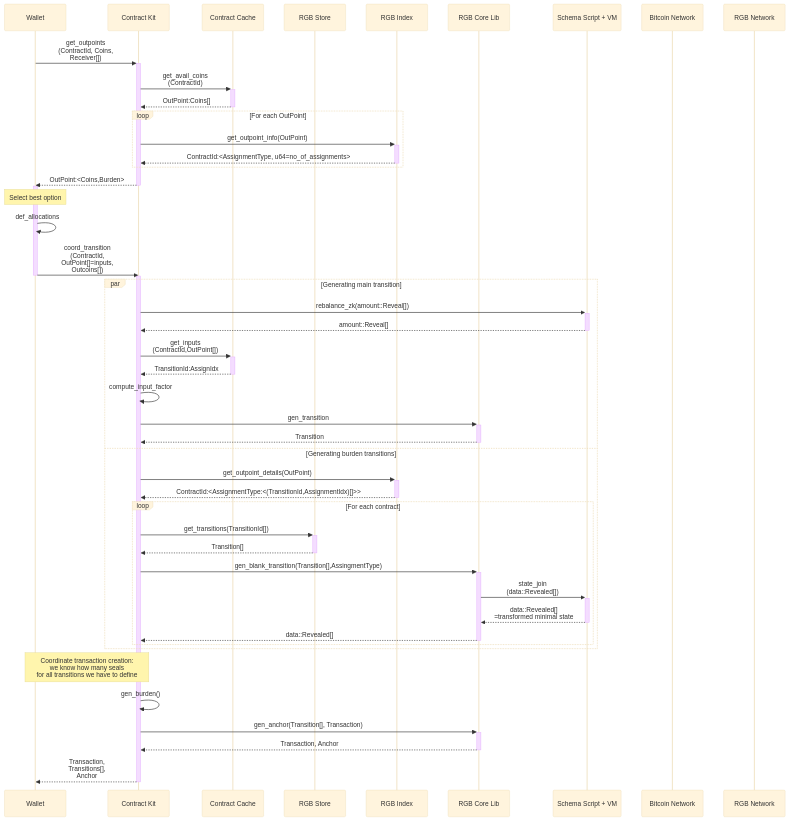
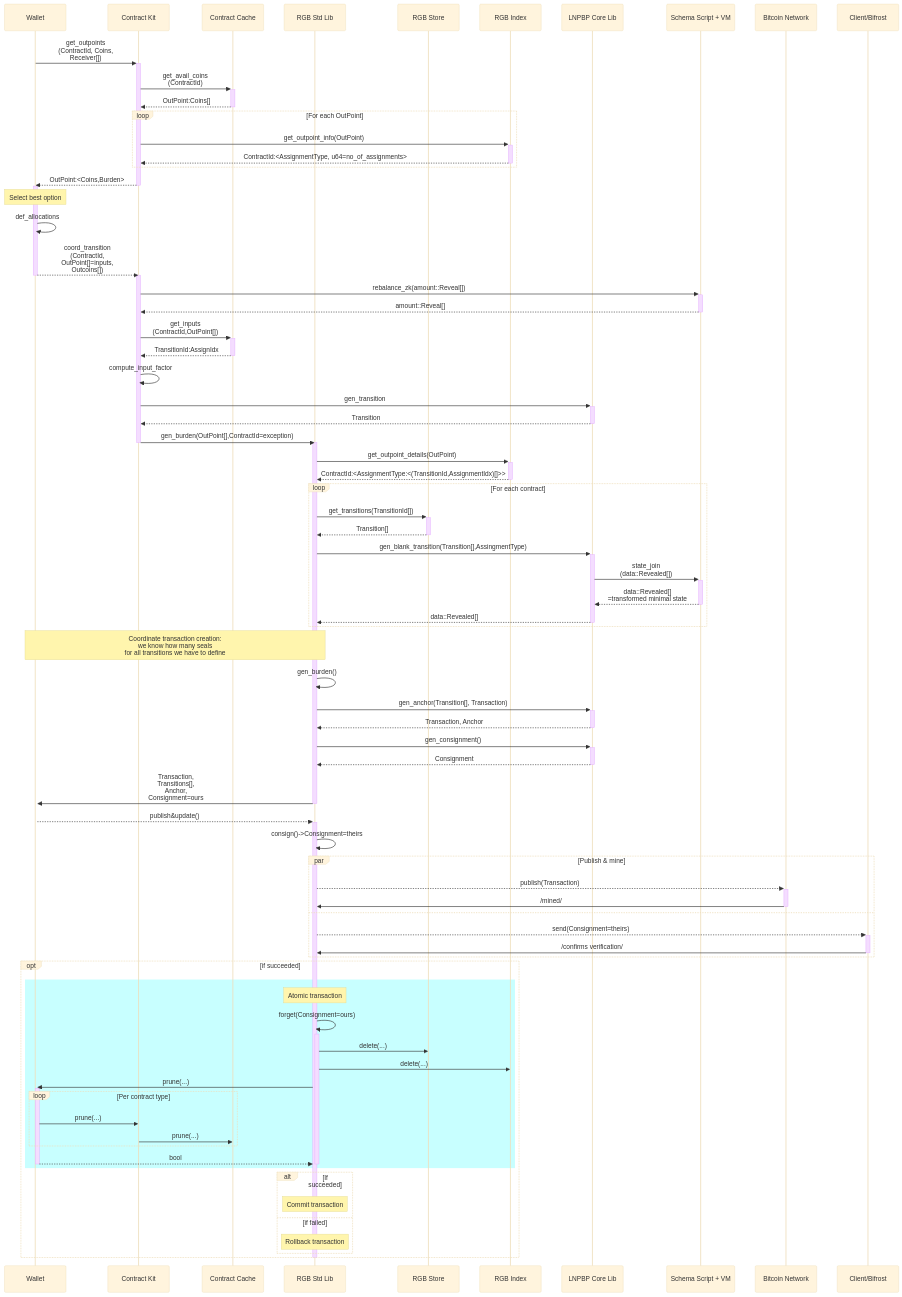
One commit to RGB-WG/uml changed the diagram in transfer.md. Above: the diagram before and after it, drawn with Mermaid (base theme).

Commit message:
Finalized state transfer UML sequence diagram

````diff
--- a/transfer.md
+++ b/transfer.md
@@ -3,12 +3,13 @@
     participant W as Wallet
     participant Kit as Contract Kit
     participant Cache as Contract Cache
+    participant RGB as RGB Std Lib
     participant Store as RGB Store
     participant Index as RGB Index
-    participant Core as RGB Core Lib
+    participant Core as LNPBP Core Lib
     participant VM as Schema Script + VM
     participant BN as Bitcoin Network
-    participant RN as RGB Network
+    participant RN as Client/Bifrost
 
     W->>+Kit: get_outpoints<br>(ContractId, Coins, <br>Receiver[])
     Kit->>+Cache: get_avail_coins<br>(ContractId)
@@ -22,36 +23,71 @@
     activate W
     Note over W: Select best option
     W->>W: def_allocations
-    W->>-Kit: coord_transition<br>(ContractId,<br>OutPoint[]=inputs,<br>Outcoins[])
+    W-->>-Kit: coord_transition<br>(ContractId,<br>OutPoint[]=inputs,<br>Outcoins[])
 
     activate Kit
-    par Generating main transition
-        Kit->>+VM: rebalance_zk(amount::Reveal[])
-        VM-->>-Kit: amount::Reveal[]
-        Kit->>+Cache: get_inputs<br>(ContractId,OutPoint[])
-        Cache-->>-Kit: TransitionId:AssignIdx
-        Kit->>Kit: compute_input_factor
-        Kit->>+Core: gen_transition
-        Core-->>-Kit: Transition
-    and Generating burden transitions
-        Kit->>+Index: get_outpoint_details(OutPoint)
-        Index-->>-Kit: ContractId:<AssignmentType:<(TransitionId,AssignmentIdx)[]>>
-        loop For each contract
-            Kit->>+Store: get_transitions(TransitionId[])
-            Store-->>-Kit: Transition[]
-            Kit->>+Core: gen_blank_transition(Transition[],AssingmentType)
-            Core->>+VM: state_join<br>(data::Revealed[])
-            VM-->>-Core: data::Revealed[]<br>=transformed minimal state
-            Core-->>-Kit: data::Revealed[]
-        end
+    Kit->>+VM: rebalance_zk(amount::Reveal[])
+    VM-->>-Kit: amount::Reveal[]
+    Kit->>+Cache: get_inputs<br>(ContractId,OutPoint[])
+    Cache-->>-Kit: TransitionId:AssignIdx
+    Kit->>Kit: compute_input_factor
+    Kit->>+Core: gen_transition
+    Core-->>-Kit: Transition
+
+    Kit->>-RGB: gen_burden(OutPoint[],ContractId=exception)
+    activate RGB
+    RGB->>+Index: get_outpoint_details(OutPoint)
+    Index-->>-RGB: ContractId:<AssignmentType:<(TransitionId,AssignmentIdx)[]>>
+    loop For each contract
+        RGB->>+Store: get_transitions(TransitionId[])
+        Store-->>-RGB: Transition[]
+        RGB->>+Core: gen_blank_transition(Transition[],AssingmentType)
+        Core->>+VM: state_join<br>(data::Revealed[])
+        VM-->>-Core: data::Revealed[]<br>=transformed minimal state
+        Core-->>-RGB: data::Revealed[]
     end
 
-    Note over W, Kit: Coordinate transaction creation:<br>we know how many seals <br>for all transitions we have to define
+    Note over W, RGB: Coordinate transaction creation:<br>we know how many seals <br>for all transitions we have to define
 
-    Kit->>Kit: gen_burden()
-    Kit->>+Core: gen_anchor(Transition[], Transaction)
-    Core-->>-Kit: Transaction, Anchor
-    Kit-->>W: Transaction,<br>Transitions[],<br>Anchor
+    RGB->>RGB: gen_burden()
+    RGB->>+Core: gen_anchor(Transition[], Transaction)
+    Core-->>-RGB: Transaction, Anchor
+    RGB->>+Core: gen_consignment()
+    Core-->>-RGB: Consignment
+    RGB->>+W: Transaction,<br>Transitions[],<br>Anchor,<br>Consignment=ours
+    deactivate RGB
 
-    deactivate Kit
+    W-->>+RGB: publish&update()
+    RGB->>RGB: consign()->Consignment=theirs
+    par Publish & mine
+        RGB-->>+BN: publish(Transaction)
+        BN->>-RGB: /mined/
+    and
+        RGB-->>+RN: send(Consignment=theirs)
+        RN->>-RGB: /confirms verification/
+    end
+
+opt if succeeded
+    rect rgba(200,255,255)
+        Note over RGB: Atomic transaction
+        RGB->>+RGB: forget(Consignment=ours)
+        RGB->>Store: delete(...)
+        RGB->>Index: delete(...)
+        RGB->>+W: prune(...)
+        loop Per contract type
+            W->>Kit: prune(...)
+            Kit->>Cache: prune(...)
+        end
+        W-->>-RGB: bool
+        deactivate RGB
+    end
+    alt If succeeded
+        Note over RGB: Commit transaction
+    else if failed
+        Note over RGB: Rollback transaction
+    end
+end
+
+    deactivate RGB
+
 ```
````
